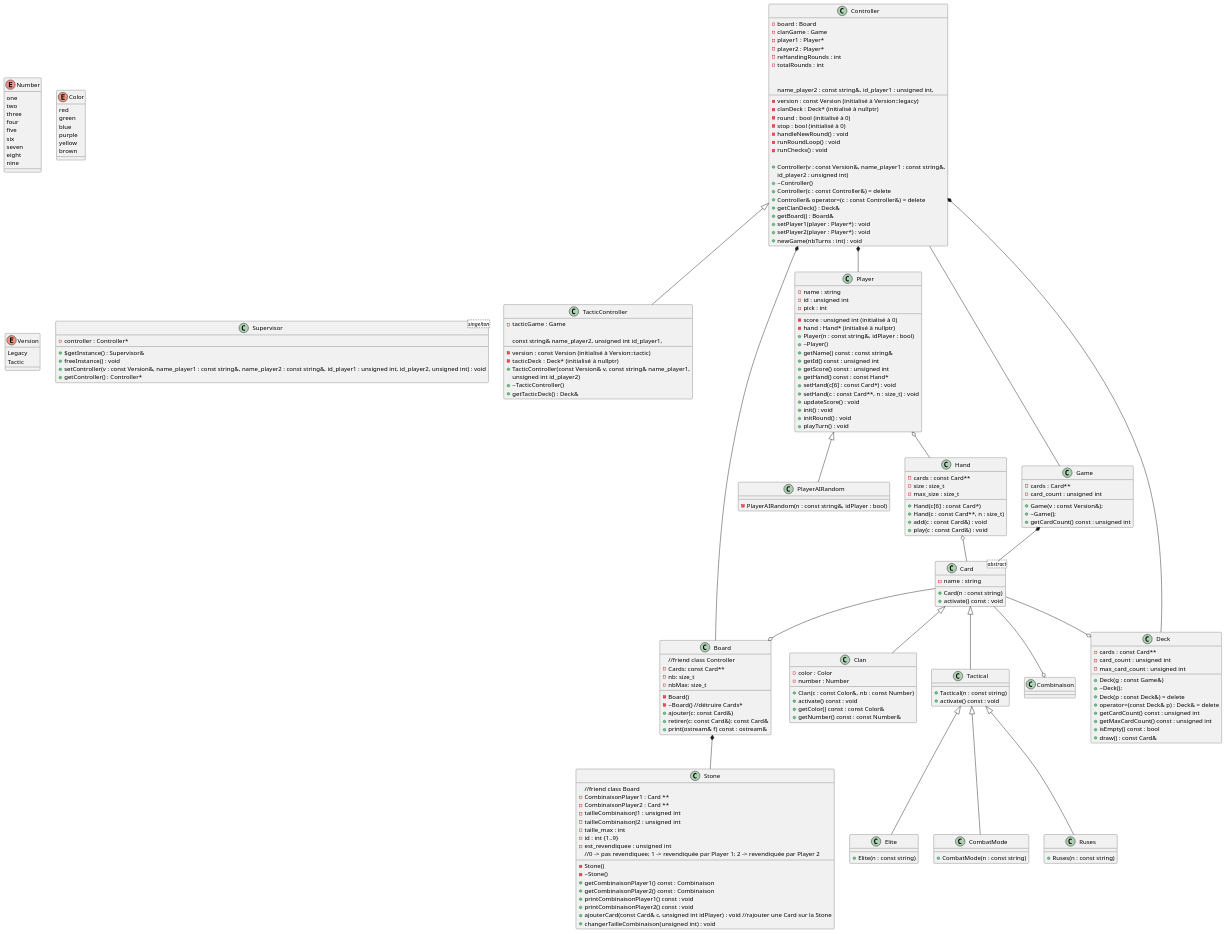
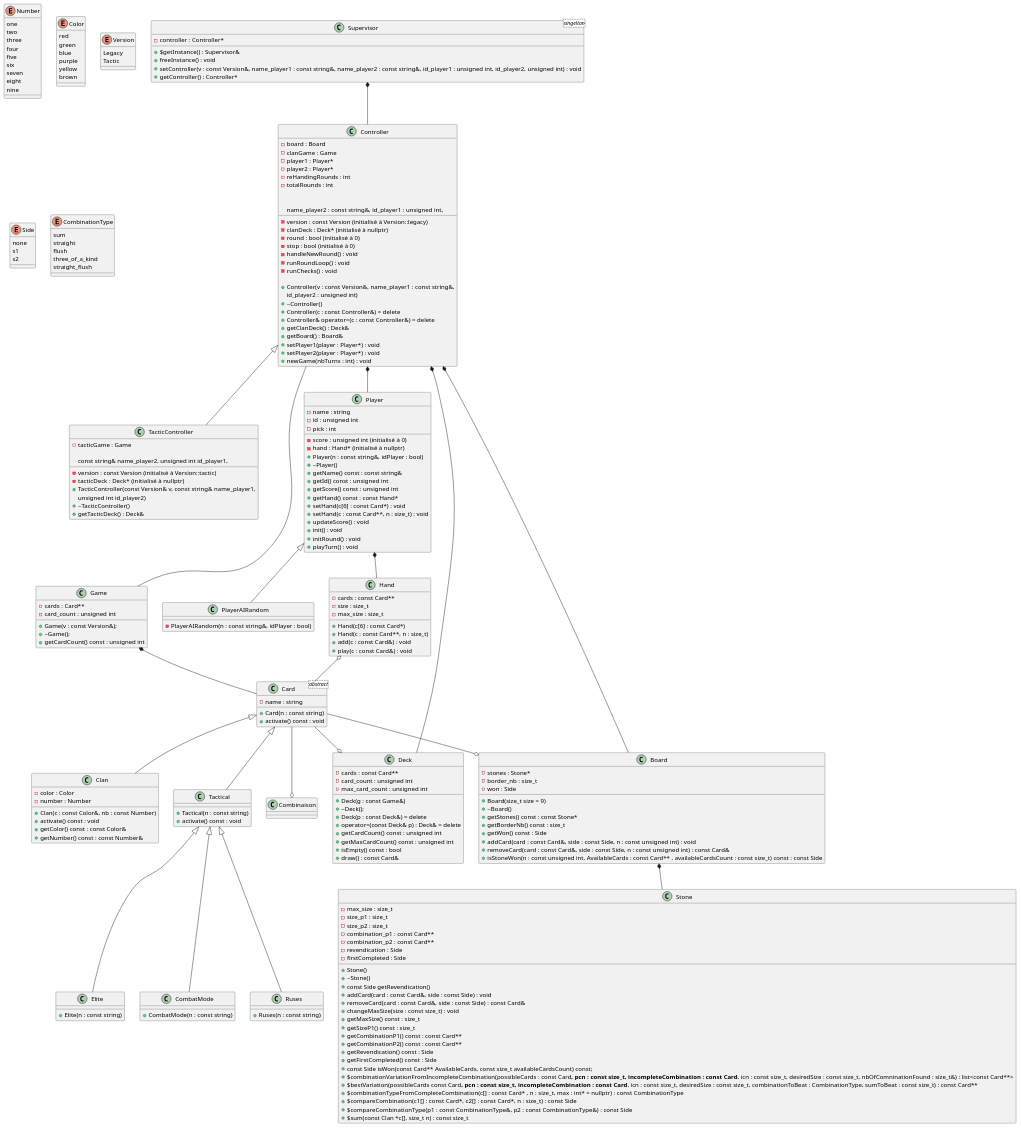
One commit to Ryustiel/LO21-Projet changed the diagram in uml.plantuml. Above: the diagram before and after it, drawn with PlantUML.

Commit message:
Update UML

```diff
--- a/uml.plantuml
+++ b/uml.plantuml
@@ -1,7 +1,6 @@
 @startuml Hello
 
-'Où gérer le tour de Game ? -> Contrôleur ?
-'Parti pris : on ne peut pas changer de version du Schotten Totten entre les manches
+''' ENUMERATIONS '''
 enum Number {
     one 
     two
@@ -28,6 +27,22 @@
     Tactic
 }
 
+enum Side {
+    none
+    s1
+    s2
+}
+
+enum CombinationType {
+	sum
+	straight
+	flush
+	three_of_a_kind
+	straight_flush
+}
+
+
+''' CLASSES '''
 class Supervisor <singelton> {
     - controller : Controller* 
 
@@ -172,50 +187,50 @@
     + draw() : const Card&
 }
 
+class Stone {
+    - max_size : size_t
+	- size_p1 : size_t
+	- size_p2 : size_t
+	- combination_p1 : const Card**
+	- combination_p2 : const Card**
+	- revendication : Side
+	- firstCompleted : Side
 
-' À CORRIGER À PARTIR D'ICI
-
-'tous les enfants auront la méthode activation
-'activation() est une abstraction
+    + Stone()
+    + ~Stone()
+    + const Side getRevendication()
+    + addCard(card : const Card&, side : const Side) : void 
+    + removeCard(card : const Card&, side : const Side) : const Card& 
+	+ changeMaxSize(size : const size_t) : void
+    + getMaxSize() const : size_t
+    + getSizeP1() const : size_t
+    + getCombinationP1() const : const Card**
+    + getCombinationP2() const : const Card**
+    + getRevendication() const : Side
+    + getFirstCompleted() const : Side
+    + const Side isWon(const Card** AvailableCards, const size_t availableCardsCount) const;
+	+ $combinationVariationFromIncompleteCombination(possibleCards : const Card**, pcn : const size_t, incompleteCombination : const Card**, icn : const size_t, desiredSize : const size_t, nbOfComninationFound : size_t&) : list<const Card**> 
+    + $bestVariation(possibleCards const Card**, pcn : const size_t, incompleteCombination : const Card**, icn : const size_t, desiredSize : const size_t, combinationToBeat : CombinationType, sumToBeat : const size_t) : const Card**
+    + $combinationTypeFromCompleteCombination(c[] : const Card* , n : size_t, max : int* = nullptr) : const CombinationType
+    + $compareCombination(c1[] : const Card*, c2[] : const Card*, n : size_t) : const Side
+    + $compareCombinationType(p1 : const CombinationType&, p2 : const CombinationType&) : const Side
+    + $sum(const Clan *c[], size_t n) : const size_t
+}
 
 class Board {
-    //friend class Controller
-    - Cards: const Card**
-    - nb: size_t
-    - nbMax: size_t
+    - stones : Stone*
+	- border_nb : size_t
+    - won : Side
 
-    - Board()
-    - ~Board() //détruire Cards*
-    + ajouter(c: const Card&)
-    + retirer(c: const Card&): const Card&
-    + print(ostream& f) const : ostream&
+    + Board(size_t size = 9)
+    + ~Board()
+    + getStones() const : const Stone*
+    + getBorderNb() const : size_t
+    + getWon() const : Side
+    + addCard(card : const Card&, side : const Side, n : const unsigned int) : void
+    + removeCard(card : const Card&, side : const Side, n : const unsigned int) : const Card&
+    + isStoneWon(n : const unsigned int, AvailableCards : const Card** , availableCardsCount : const size_t) const : const Side
 }
-
-class Stone {
-    //friend class Board
-    - CombinaisonPlayer1 : Card **
-    - CombinaisonPlayer2 : Card **
-    - tailleCombinaisonJ1 : unsigned int
-    - tailleCombinaisonJ2 : unsigned int
-    - taille_max : int
-    - id : int {1..9} 
-    - est_revendiquee : unsigned int
-    //0 -> pas revendiquee; 1 -> revendiquée par Player 1; 2 -> revendiquée par Player 2
-
-    - Stone()
-    - ~Stone()
-    + getCombinaisonPlayer1() const : Combinaison
-    + getCombinaisonPlayer2() const : Combinaison
-    + printCombinaisonPlayer1() const : void
-    + printCombinaisonPlayer2() const : void
-    + ajouterCard(const Card& c, unsigned int idPlayer) : void //rajouter une Card sur la Stone
-    + changerTailleCombinaison(unsigned int) : void
-
-    'Ou : CombinaisonPlayer1 : Card** // CombinaisonPlayer2 : Card**  (?)
-}
-
-
-
 
 
 ''' HERITAGES '''
@@ -232,23 +247,22 @@
 
 
 ''' RELATIONS '''
-Game *-- Card
-Board *-- Stone
-
-
-Card --o Deck
-Card --o Board
-Card --o Combinaison
-
-Player o-- Hand
-
-Hand o-- Card
-
+Supervisor *-- Controller
 
 Controller *-- Board
 Controller *-- Deck
 Controller *-- Player
 Controller -- Game
 
+Game *-- Card
+Board *-- Stone
+
+Card --o Deck
+Card --o Board
+Card --o Combinaison
+
+Player *-- Hand
+
+Hand o-- Card
 
 @enduml
```
